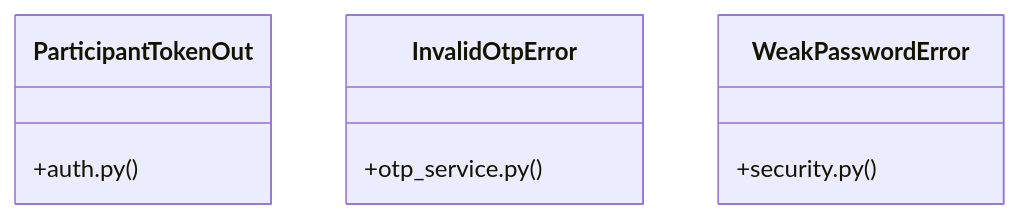
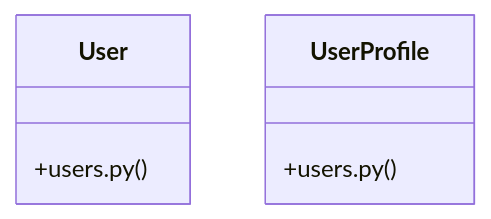
One commit to adjanayo/synca_conf_back changed the diagram in graphify-out/wiki/[verify_stripe_signature()_&_payment_webhook()]_Cluster.md. Above: the diagram before and after it, drawn with Mermaid. The commit also changed other lines of this file and 71 other files, not shown here.

Commit message:
docs: mise à jour graphify (graphe du code) + journal Phase J3

````diff
--- a/graphify-out/wiki/[verify_stripe_signature()_&_payment_webhook()]_Cluster.md
+++ b/graphify-out/wiki/[verify_stripe_signature()_&_payment_webhook()]_Cluster.md
@@ -36,12 +36,9 @@
 ```mermaid
 classDiagram
-    class ParticipantTokenOut {
-        +auth.py()
+    class User {
+        +users.py()
     }
-    class InvalidOtpError {
-        +otp_service.py()
-    }
-    class WeakPasswordError {
-        +security.py()
+    class UserProfile {
+        +users.py()
     }
 ```
````
